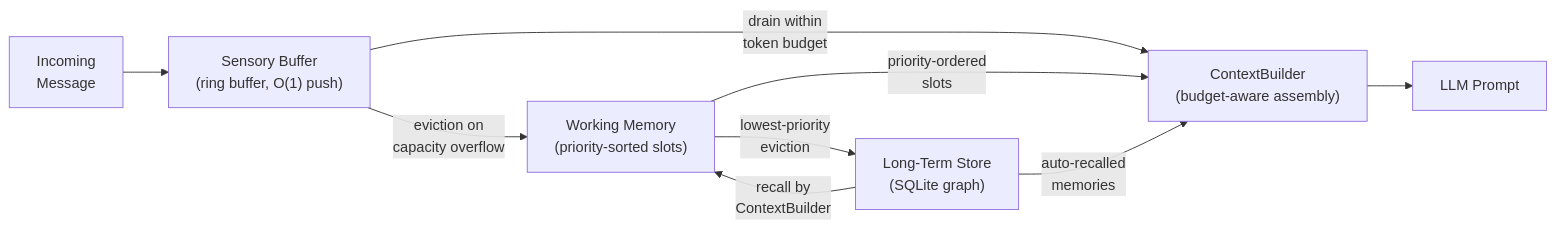
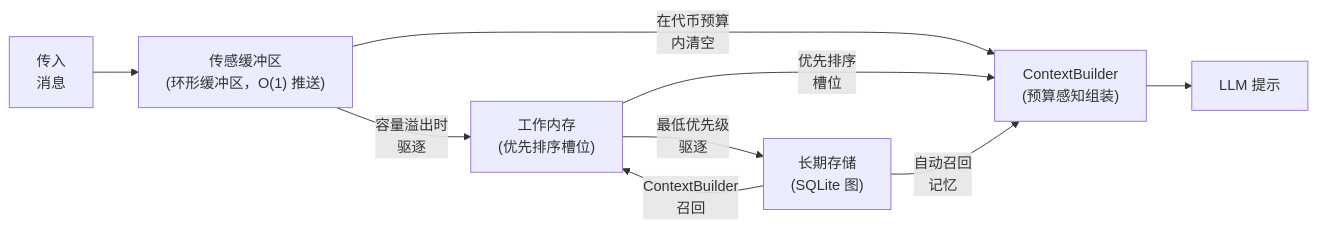
One commit to WeiLinCool/openpawz changed diagram 20 of 20 in docs/research/zh/engram.md. Above: the diagram before and after it, drawn with Mermaid. The commit also changed other lines of this file and 7 other files, not shown here.

````diff
--- a/docs/research/zh/engram.md
+++ b/docs/research/zh/engram.md
@@ -1737,11 +1736,11 @@
 ```mermaid
 flowchart LR
-    IN["Incoming<br/>Message"] --> SB["Sensory Buffer<br/>(ring buffer, O(1) push)"]
-    SB -->|"eviction on<br/>capacity overflow"| WM["Working Memory<br/>(priority-sorted slots)"]
-    WM -->|"lowest-priority<br/>eviction"| LTM["Long-Term Store<br/>(SQLite graph)"]
-    LTM -->|"recall by<br/>ContextBuilder"| WM
-    SB -->|"drain within<br/>token budget"| CTX["ContextBuilder<br/>(budget-aware assembly)"]
-    WM -->|"priority-ordered<br/>slots"| CTX
-    LTM -->|"auto-recalled<br/>memories"| CTX
-    CTX --> LLM["LLM Prompt"]
+    IN["传入<br/>消息"] --> SB["传感缓冲区<br/>(环形缓冲区，O(1) 推送)"]
+    SB -->|"容量溢出时<br/>驱逐"| WM["工作内存<br/>(优先排序槽位)"]
+    WM -->|"最低优先级<br/>驱逐"| LTM["长期存储<br/>(SQLite 图)"]
+    LTM -->|"ContextBuilder<br/>召回"| WM
+    SB -->|"在代币预算<br/>内清空"| CTX["ContextBuilder<br/>(预算感知组装)"]
+    WM -->|"优先排序<br/>槽位"| CTX
+    LTM -->|"自动召回<br/>记忆"| CTX
+    CTX --> LLM["LLM 提示"]
 ```
````
